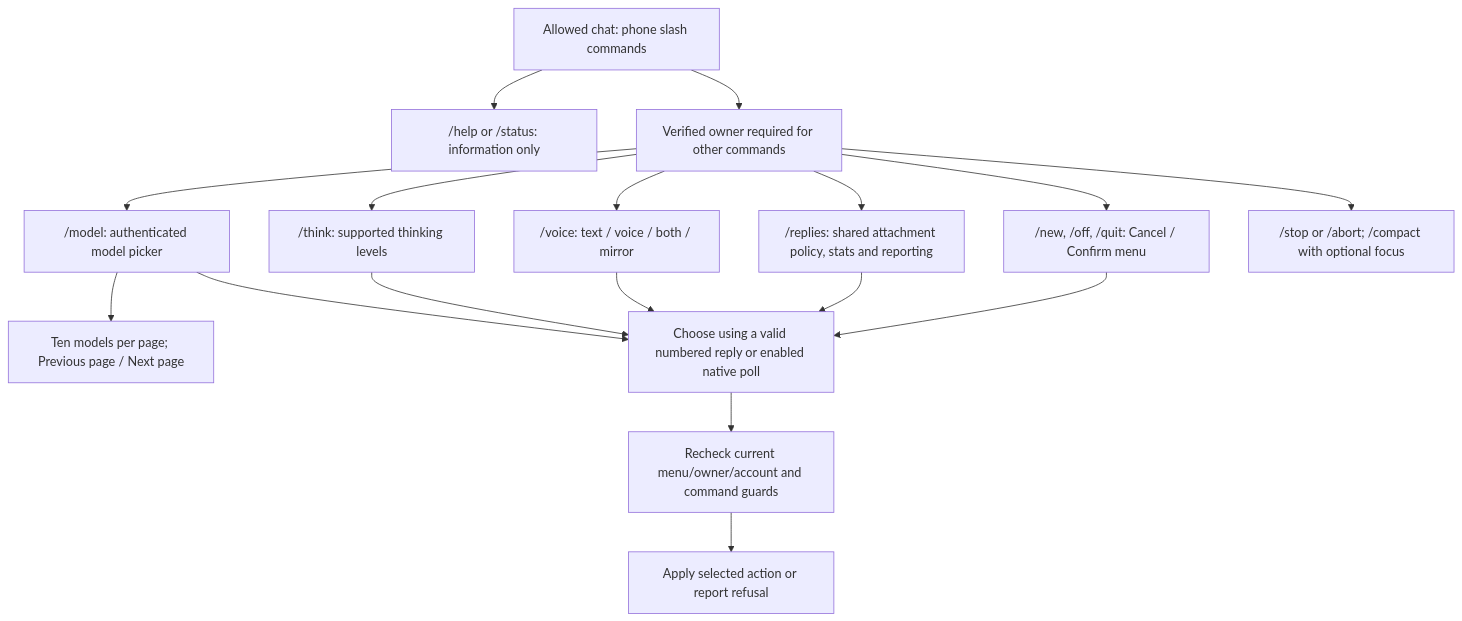
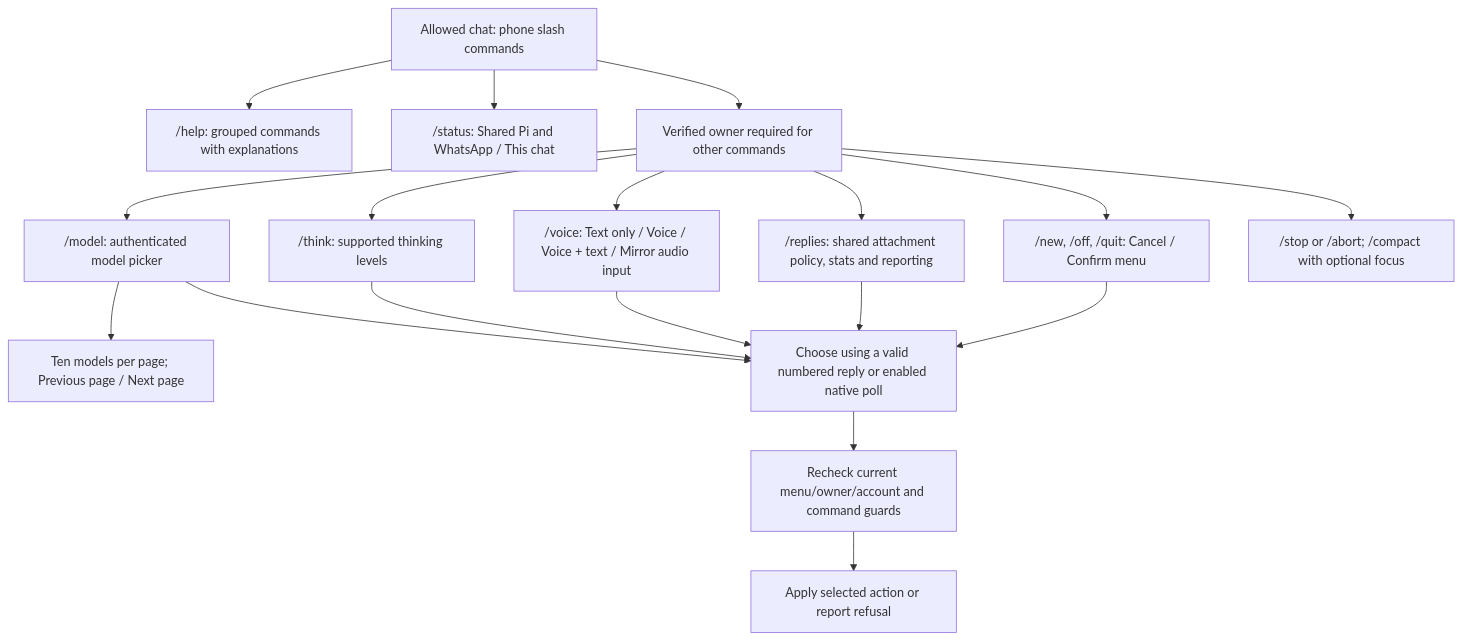
One commit to jagaliano/whatsapp-ng changed diagram 11 of 11 in docs/menu-diagrams.md. Above: the diagram before and after it, drawn with Mermaid. The commit also changed other lines of this file and 19 other files, not shown here.

````diff
--- a/docs/menu-diagrams.md
+++ b/docs/menu-diagrams.md
@@ -284,20 +284,21 @@
 ```mermaid
 flowchart TB
     Phone["Allowed chat: phone slash commands"]
-    Phone --> Help["/help or /status: information only"]
+    Phone --> Help["/help: grouped commands with explanations"]
+    Phone --> Status["/status: Shared Pi and WhatsApp / This chat"]
     Phone --> Owner["Verified owner required for other commands"]
     Owner --> Models["/model: authenticated model picker"]
     Models --> Pages["Ten models per page; Previous page / Next page"]
     Owner --> Think["/think: supported thinking levels"]
-    Owner --> Voice["/voice: text / voice / both / mirror"]
+    Owner --> Voice["/voice: Text only / Voice / Voice + text / Mirror audio input"]
     Owner --> Replies["/replies: shared attachment policy, stats and reporting"]
     Owner --> Confirm["/new, /off, /quit: Cancel / Confirm menu"]
     Owner --> Direct["/stop or /abort; /compact with optional focus"]
     Models --> Choice["Choose using a valid numbered reply or enabled native poll"]
     Think --> Choice
     Voice --> Choice
     Replies --> Choice
     Confirm --> Choice
     Choice --> Current["Recheck current menu/owner/account and command guards"]
     Current --> Apply["Apply selected action or report refusal"]
 ```
````
